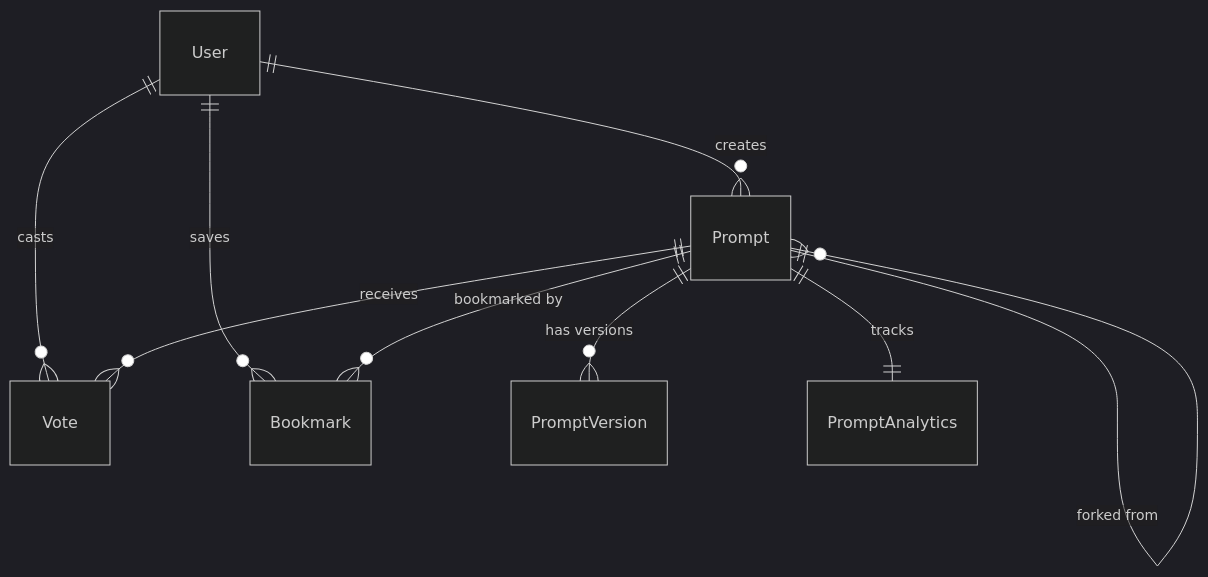
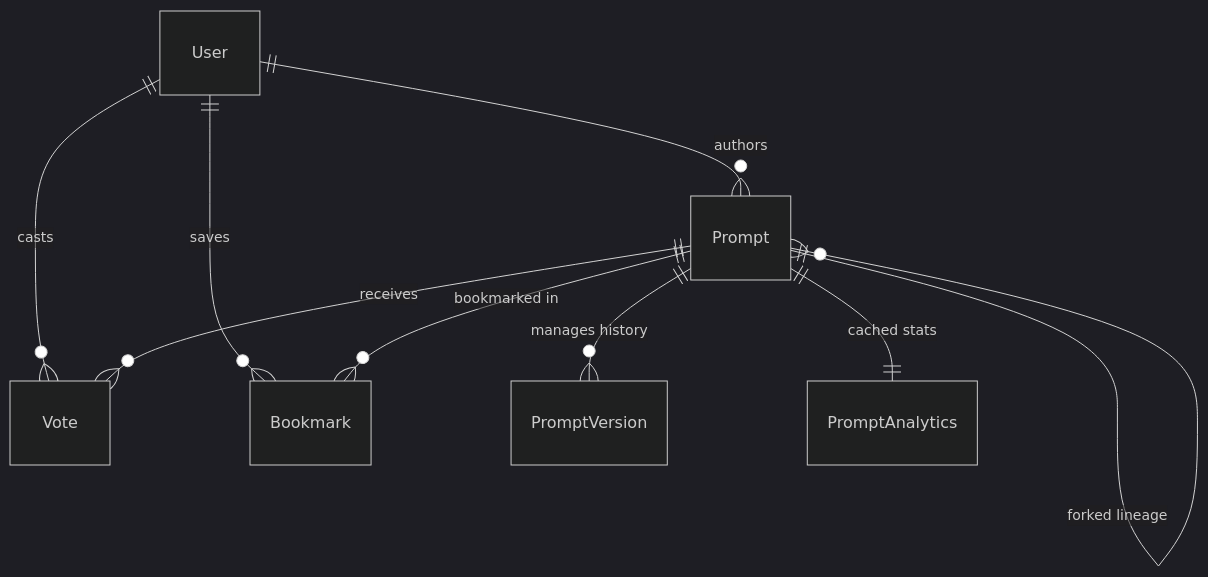
One commit to Vishallakshmikanthan/prompt-forge changed the second of 2 diagrams in README.md. Above: the diagram before and after it, drawn with Mermaid (dark theme). The commit also changed other lines of this file and 7 other files, not shown here.

Commit message:
docs: upgrade README with screenshots, architecture diagrams, and API documentation

````diff
--- a/README.md
+++ b/README.md
@@ -146,11 +162,11 @@
 ```mermaid
 erDiagram
-    User ||--o{ Prompt : creates
-    User ||--o{ Vote : casts
-    User ||--o{ Bookmark : saves
-    Prompt ||--o{ PromptVersion : "has versions"
-    Prompt ||--o{ Vote : receives
-    Prompt ||--o{ Bookmark : "bookmarked by"
-    Prompt ||--|| PromptAnalytics : tracks
-    Prompt ||--o{ Prompt : "forked from"
+    User ||--o{ Prompt : "authors"
+    User ||--o{ Vote : "casts"
+    User ||--o{ Bookmark : "saves"
+    Prompt ||--o{ PromptVersion : "manages history"
+    Prompt ||--o{ Vote : "receives"
+    Prompt ||--o{ Bookmark : "bookmarked in"
+    Prompt ||--|| PromptAnalytics : "cached stats"
+    Prompt ||--o{ Prompt : "forked lineage"
 ```
````
